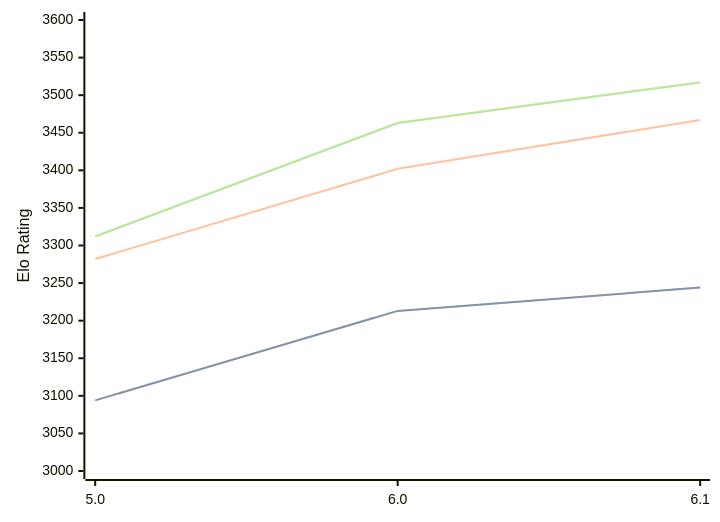
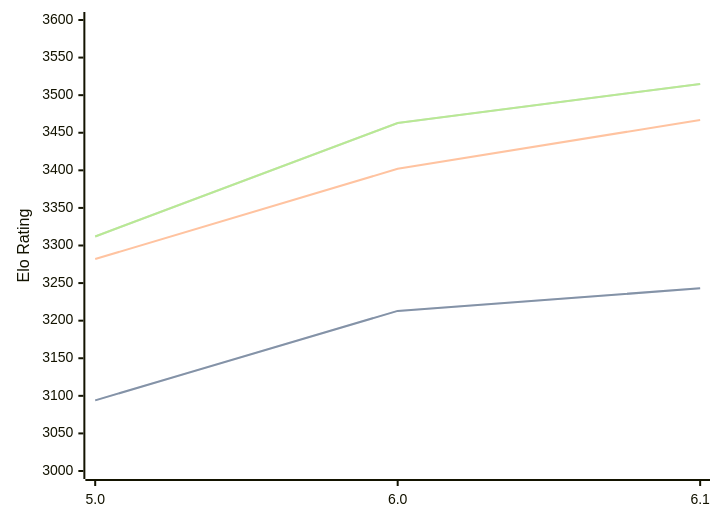
One commit to computer-chess-index/cci changed the diagram in engines/PZChessBot.md. Above: the diagram before and after it, drawn with Mermaid. The commit also changed other lines of this file, not shown here.

Commit message:
Update CCI Ratings (ELO VLTC) - 2026-03-03

````diff
--- a/engines/PZChessBot.md
+++ b/engines/PZChessBot.md
@@ -40,11 +40,11 @@
 ```mermaid
 %%{init: {"theme":"base","themeVariables":{"seriesColors:['#a3a3a3','#222221','#faa371']}}}%%
 xychart-beta
   x-axis ["5.0", "6.0", "6.1"]
   y-axis "Elo Rating" 3000 --> 3600
-  line "STC (8.0+0.08s)" [3094, 3213, 3244]
-  line "STC (8.0+0.08s)" [3094, 3213, 3244]
+  line "STC (8.0+0.08s)" [3094, 3213, 3243]
+  line "STC (8.0+0.08s)" [3094, 3213, 3243]
   line "LTC (60.0+0.60s)" [3282, 3402, 3467]
-  line "VLTC (2m24s+1.12s)" [3312, 3463, 3517]
-  line "VLTC (2m24s+1.12s)" [3312, 3463, 3517]
+  line "VLTC (2m24s+1.12s)" [3312, 3463, 3515]
+  line "VLTC (2m24s+1.12s)" [3312, 3463, 3515]
 ```
````
